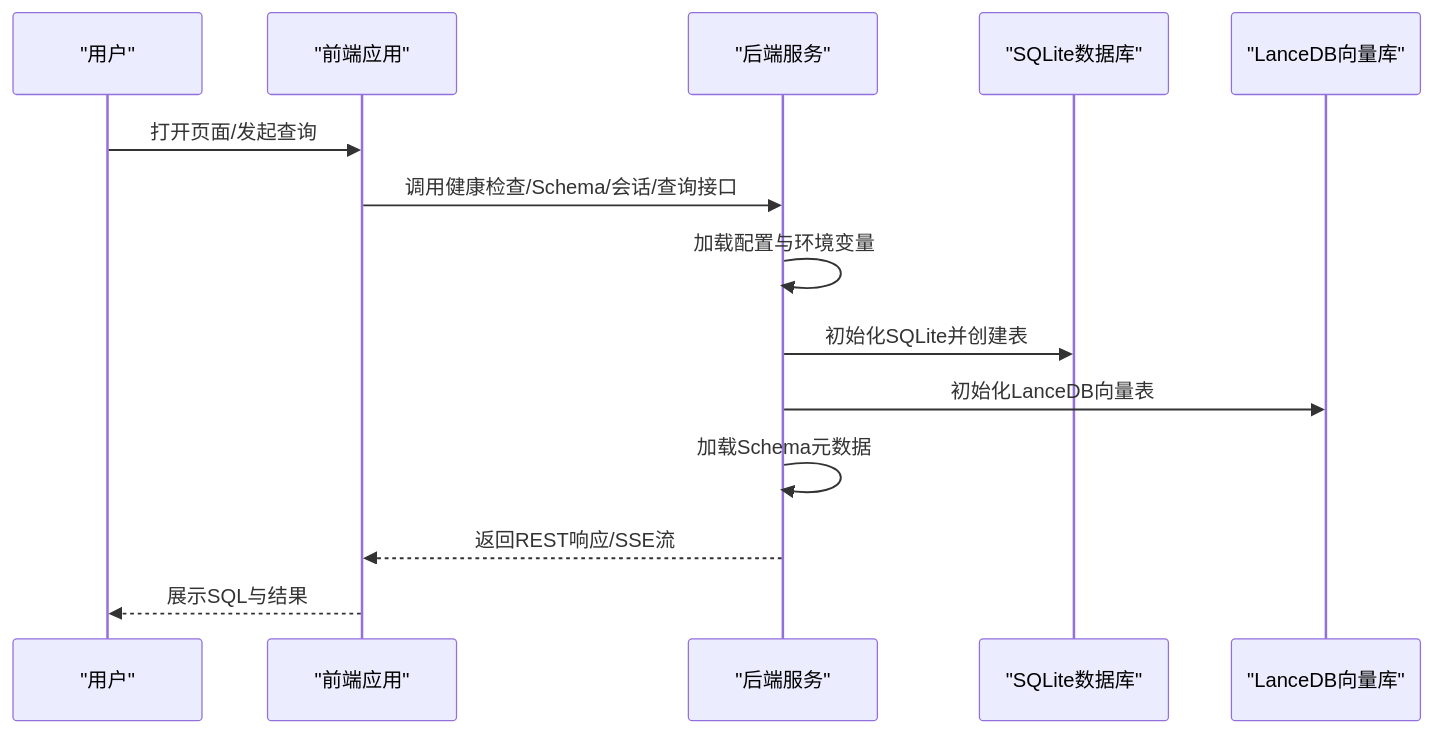
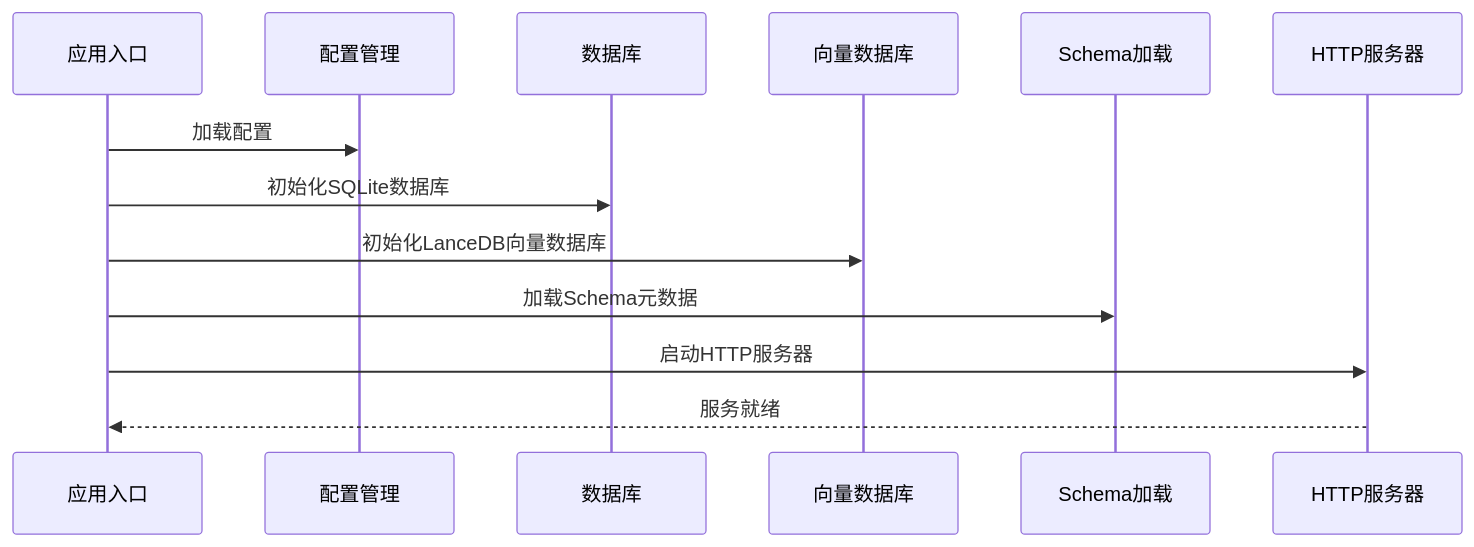
The second of 4 diagrams in NL2SQL/.qoder/repowiki/zh/content/快速开始.md (HanHuiOnLine/724-office), drawn with Mermaid before and after one commit. The commit also changed other lines of this file and 200 other files, not shown here.

````diff
--- a/NL2SQL/.qoder/repowiki/zh/content/快速开始.md
+++ b/NL2SQL/.qoder/repowiki/zh/content/快速开始.md
@@ -100,16 +227,15 @@
 ```mermaid
 sequenceDiagram
-participant User as "用户"
-participant Frontend as "前端应用"
-participant Backend as "后端服务"
-participant DB as "SQLite数据库"
-participant VDB as "LanceDB向量库"
-User->>Frontend : 打开页面/发起查询
-Frontend->>Backend : 调用健康检查/Schema/会话/查询接口
-Backend->>Backend : 加载配置与环境变量
-Backend->>DB : 初始化SQLite并创建表
-Backend->>VDB : 初始化LanceDB向量表
-Backend->>Backend : 加载Schema元数据
-Backend-->>Frontend : 返回REST响应/SSE流
-Frontend-->>User : 展示SQL与结果
+participant App as 应用入口
+participant Config as 配置管理
+participant DB as 数据库
+participant VectorDB as 向量数据库
+participant Schema as Schema加载
+participant Server as HTTP服务器
+App->>Config : 加载配置
+App->>DB : 初始化SQLite数据库
+App->>VectorDB : 初始化LanceDB向量数据库
+App->>Schema : 加载Schema元数据
+App->>Server : 启动HTTP服务器
+Server-->>App : 服务就绪
 ```
````
